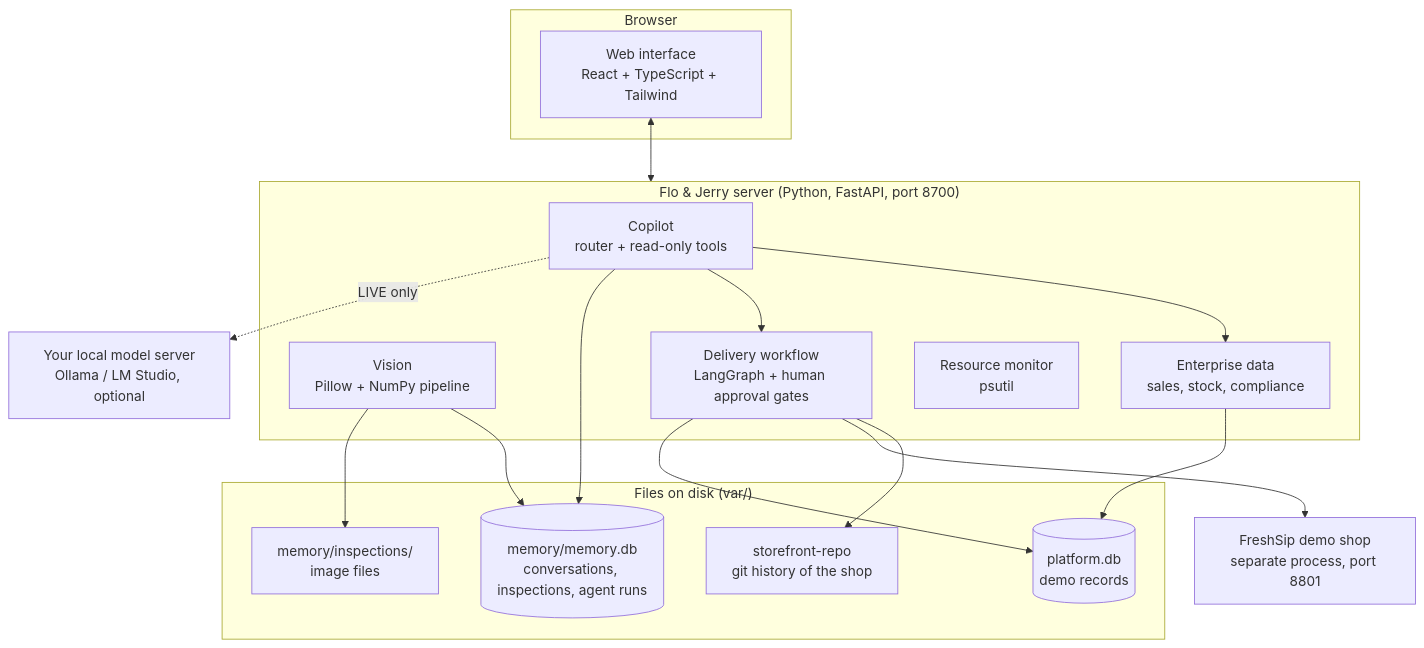
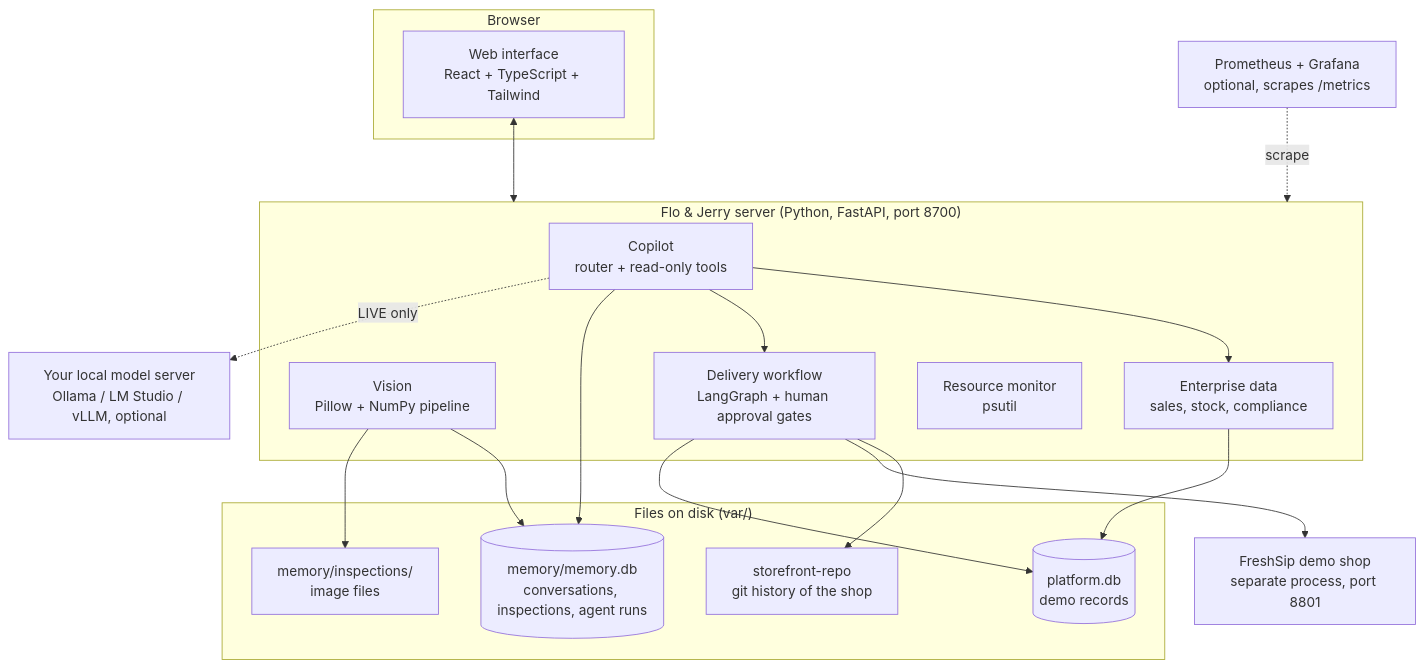
Before and after one commit to florina787/Data-sets: the sixth of 9 diagrams in foodcare-copilot/README.md, drawn with Mermaid. The commit also changed other lines of this file and 68 other files, not shown here.

````diff
--- a/foodcare-copilot/README.md
+++ b/foodcare-copilot/README.md
@@ -541,27 +619,29 @@
 ```mermaid
 flowchart TB
     subgraph Browser
         UI[Web interface<br/>React + TypeScript + Tailwind]
     end
     subgraph Server["Flo & Jerry server (Python, FastAPI, port 8700)"]
         CP[Copilot<br/>router + read-only tools]
         VI[Vision<br/>Pillow + NumPy pipeline]
         EN[Enterprise data<br/>sales, stock, compliance]
         DL[Delivery workflow<br/>LangGraph + human approval gates]
         RS[Resource monitor<br/>psutil]
     end
     subgraph Storage["Files on disk (var/)"]
         PDB[(platform.db<br/>demo records)]
         MDB[(memory/memory.db<br/>conversations, inspections, agent runs)]
         IMG[memory/inspections/<br/>image files]
         GIT[storefront-repo<br/>git history of the shop]
     end
     SHOP[FreshSip demo shop<br/>separate process, port 8801]
-    LLM[Your local model server<br/>Ollama / LM Studio, optional]
+    LLM[Your local model server<br/>Ollama / LM Studio / vLLM, optional]
+    PROM[Prometheus + Grafana<br/>optional, scrapes /metrics]
     UI <--> Server
+    PROM -. scrape .-> Server
     CP --> EN & DL & MDB
     CP -. LIVE only .-> LLM
     VI --> MDB & IMG
     DL --> GIT & SHOP & PDB
     EN --> PDB
 ```
````
